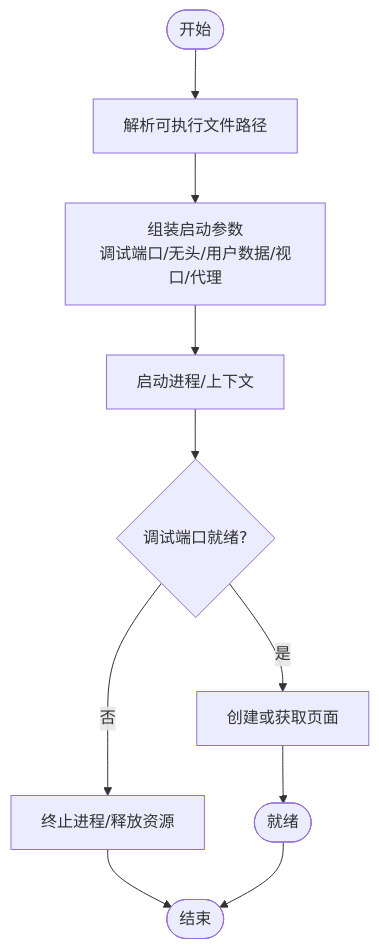
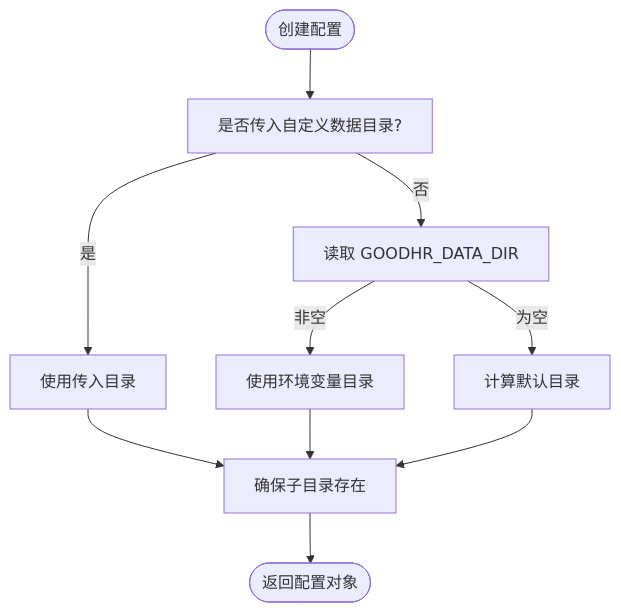
The third of 8 diagrams in .qoder/repowiki/zh/content/本地执行器/浏览器自动化/浏览器配置管理.md (alvinwangzi/goodhr), drawn with Mermaid before and after one commit. The commit also changed other lines of this file and 149 other files, not shown here.

````diff
--- a/.qoder/repowiki/zh/content/本地执行器/浏览器自动化/浏览器配置管理.md
+++ b/.qoder/repowiki/zh/content/本地执行器/浏览器自动化/浏览器配置管理.md
@@ -151,12 +124,12 @@
 ```mermaid
 flowchart TD
-Start(["开始"]) --> ResolveExe["解析可执行文件路径"]
-ResolveExe --> BuildArgs["组装启动参数<br/>调试端口/无头/用户数据/视口/代理"]
-BuildArgs --> Launch["启动进程/上下文"]
-Launch --> WaitDevTools{"调试端口就绪?"}
-WaitDevTools -- 否 --> Kill["终止进程/释放资源"]
-WaitDevTools -- 是 --> CreatePage["创建或获取页面"]
-CreatePage --> Ready(["就绪"])
-Kill --> End(["结束"])
-Ready --> End
+Start(["创建配置"]) --> CheckCustom["是否传入自定义数据目录?"]
+CheckCustom --> |是| UseCustom["使用传入目录"]
+CheckCustom --> |否| CheckEnv["读取 GOODHR_DATA_DIR"]
+CheckEnv --> |非空| UseEnv["使用环境变量目录"]
+CheckEnv --> |为空| DefaultDir["计算默认目录"]
+UseCustom --> EnsureDirs["确保子目录存在"]
+UseEnv --> EnsureDirs
+DefaultDir --> EnsureDirs
+EnsureDirs --> End(["返回配置对象"])
 ```
````
